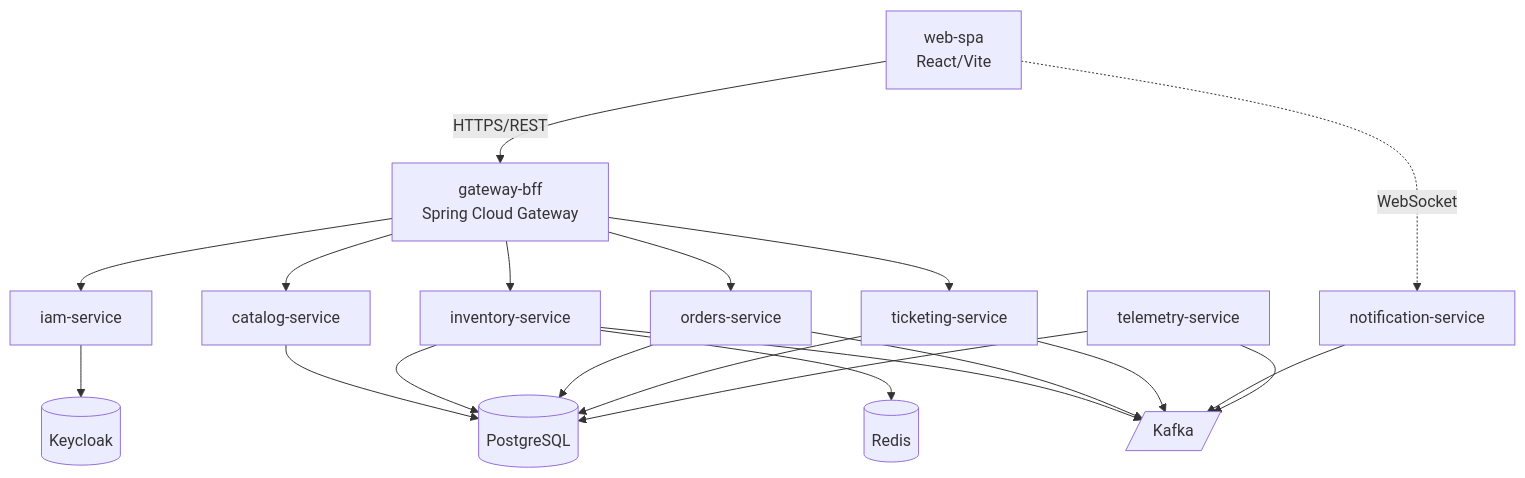
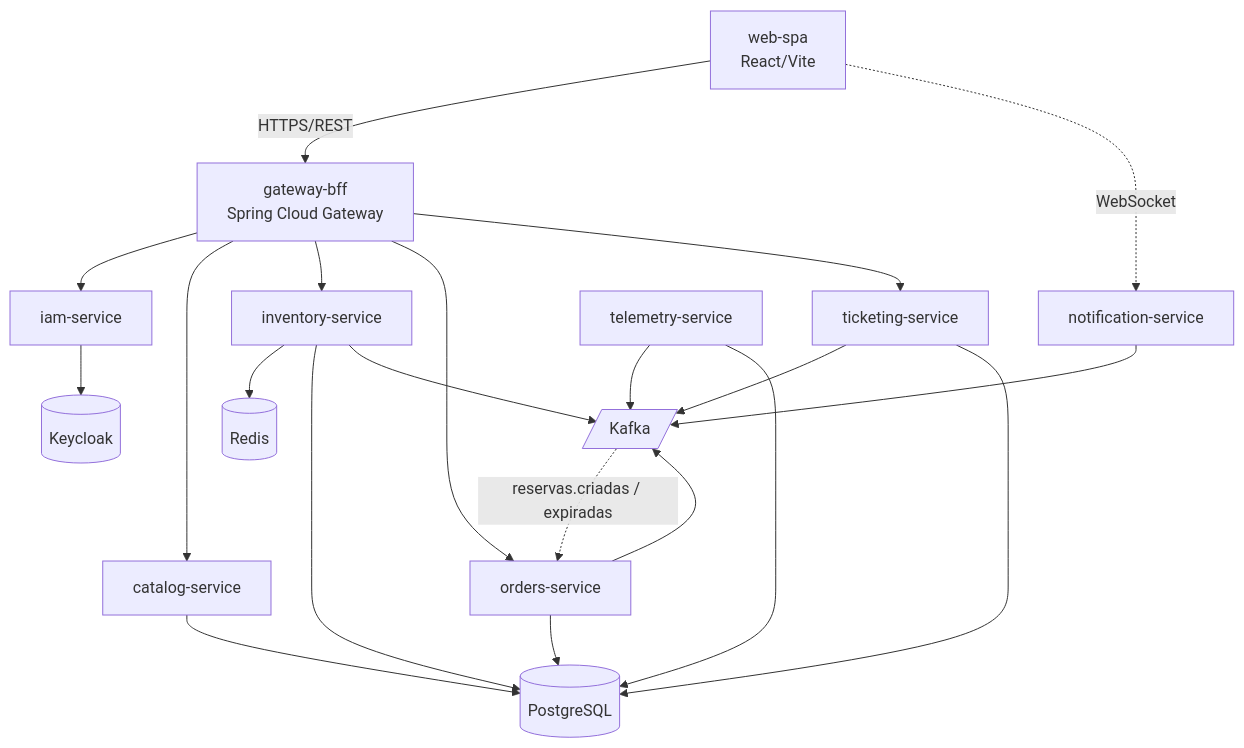
Before and after one commit to leofwingert/BolsoPass: the second of 3 diagrams in Pacote 2 - Arquitetura e Infraestrutura/01 - Arquitetura C4.md, drawn with Mermaid. The commit also changed other lines of this file and 5 other files, not shown here.

````diff
--- a/Pacote 2 - Arquitetura e Infraestrutura/01 - Arquitetura C4.md
+++ b/Pacote 2 - Arquitetura e Infraestrutura/01 - Arquitetura C4.md
@@ -89,39 +96,40 @@
 ```mermaid
 flowchart TB
   SPA[web-spa<br/>React/Vite]
   GW[gateway-bff<br/>Spring Cloud Gateway]
   IAM[iam-service]
   CAT[catalog-service]
   INV[inventory-service]
   ORD[orders-service]
   TKT[ticketing-service]
   NOT[notification-service]
   TEL[telemetry-service]
 
   PG[(PostgreSQL)]
   RD[(Redis)]
   KF[/Kafka/]
   KC[(Keycloak)]
 
   SPA -->|HTTPS/REST| GW
   SPA -.->|WebSocket| NOT
 
   GW --> IAM
   GW --> CAT
   GW --> INV
   GW --> ORD
   GW --> TKT
 
   IAM --> KC
   CAT --> PG
   INV --> RD
   INV --> PG
   INV --> KF
   ORD --> PG
   ORD --> KF
+  KF -.->|reservas.criadas / expiradas| ORD
   TKT --> KF
   TKT --> PG
   NOT --> KF
   TEL --> KF
   TEL --> PG
 ```
````
